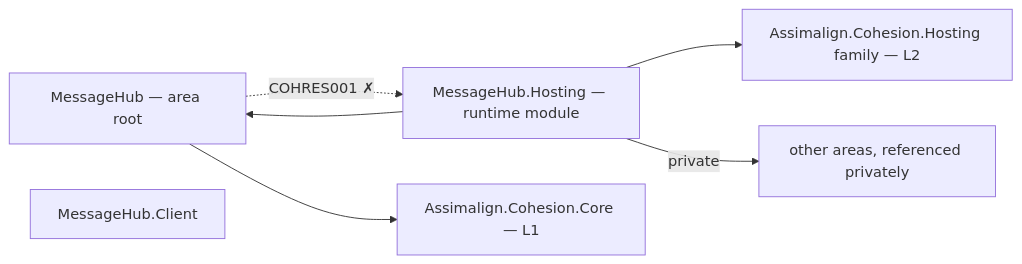
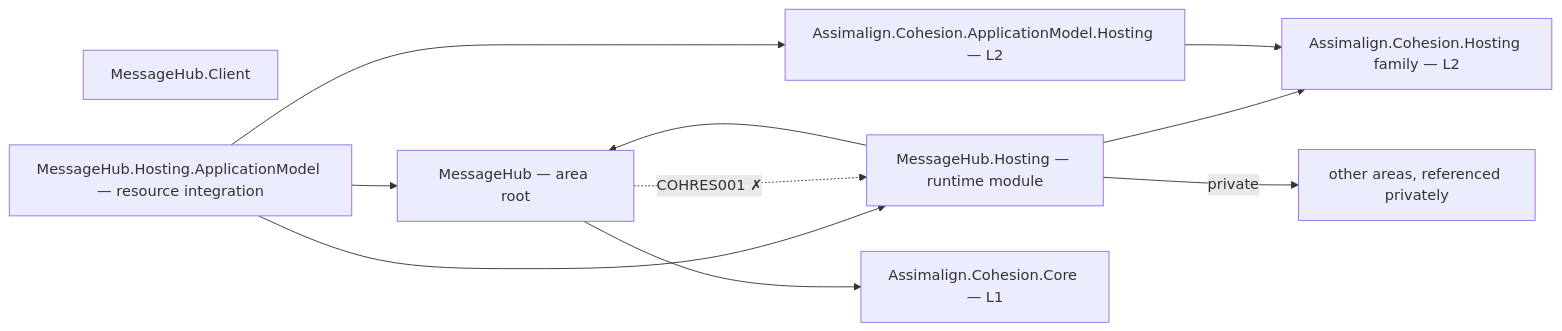
The diagram in resources/MessageHub/README.md (assimalign/cohesion), drawn with Mermaid before and after one commit. The commit also changed other lines of this file and 454 other files, not shown here.

First line of the commit message:
feat(resources): give every resource area a Hosting.ApplicationModel integration

````diff
--- a/resources/MessageHub/README.md
+++ b/resources/MessageHub/README.md
@@ -12,14 +12,20 @@
 ```mermaid
 flowchart LR
     P0["MessageHub — area root"]
     P2["MessageHub.Client"]
     P3["MessageHub.Hosting — runtime module"]
+    PAM["MessageHub.Hosting.ApplicationModel — resource integration"]
+    AMH["Assimalign.Cohesion.ApplicationModel.Hosting — L2"]
     CORE["Assimalign.Cohesion.Core — L1"]
     HOSTFAM["Assimalign.Cohesion.Hosting family — L2"]
     PRIV["other areas, referenced privately"]
     P0 --> CORE
     P3 --> HOSTFAM
     P3 --> P0
     P3 -->|"private"| PRIV
+    PAM --> P3
+    PAM --> P0
+    PAM --> AMH
+    AMH --> HOSTFAM
     P0 -.->|"COHRES001 ✗"| P3
 ```
````
